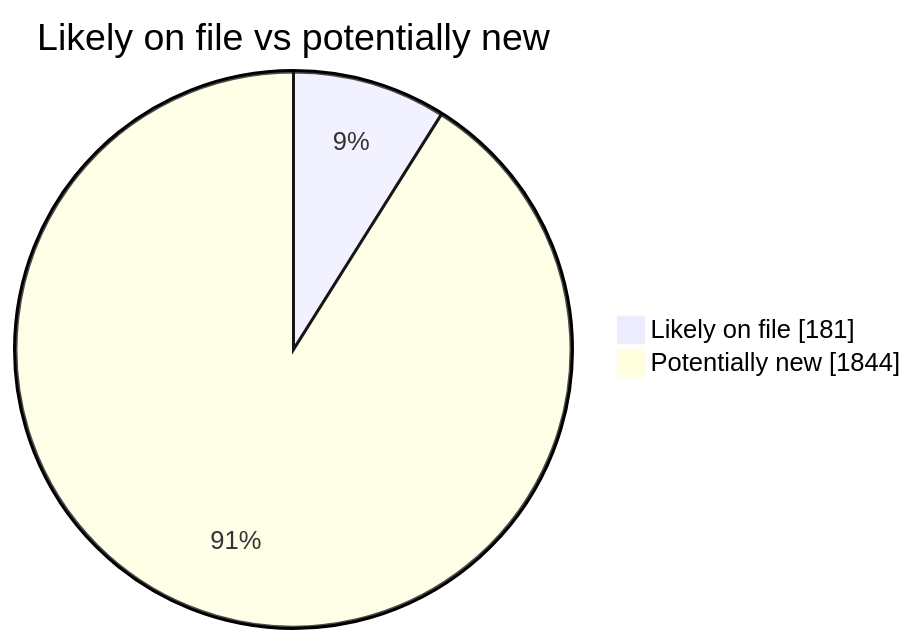
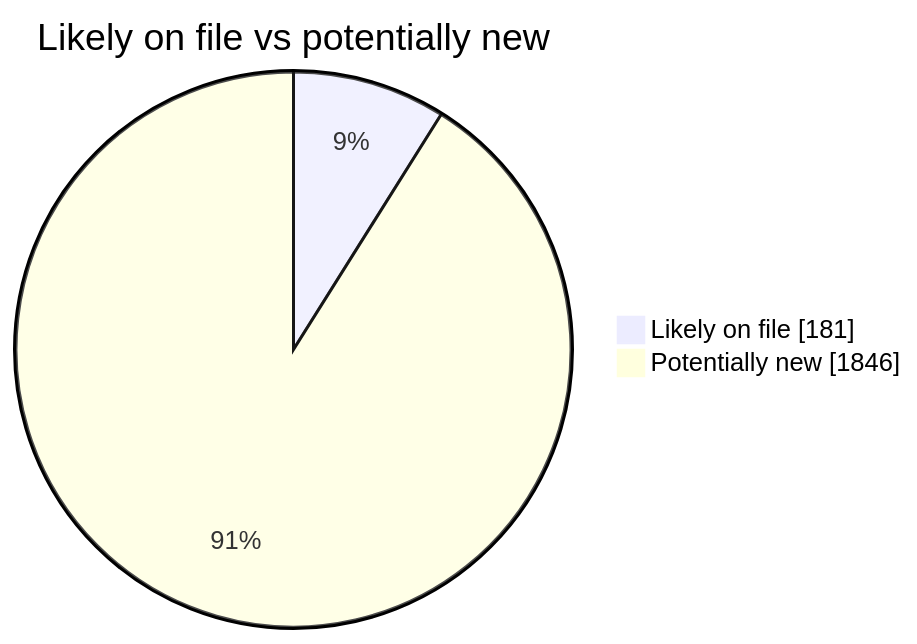
One commit to martinbalfanz/social-scanner-reports changed the second of 4 diagrams in README.md. Above: the diagram before and after it, drawn with Mermaid. The commit also changed other lines of this file and 4 other files, not shown here.

````diff
--- a/README.md
+++ b/README.md
@@ -40,5 +40,5 @@
 ```mermaid
 pie showData title Likely on file vs potentially new
     "Likely on file" : 181
-    "Potentially new" : 1844
+    "Potentially new" : 1846
 ```
````
